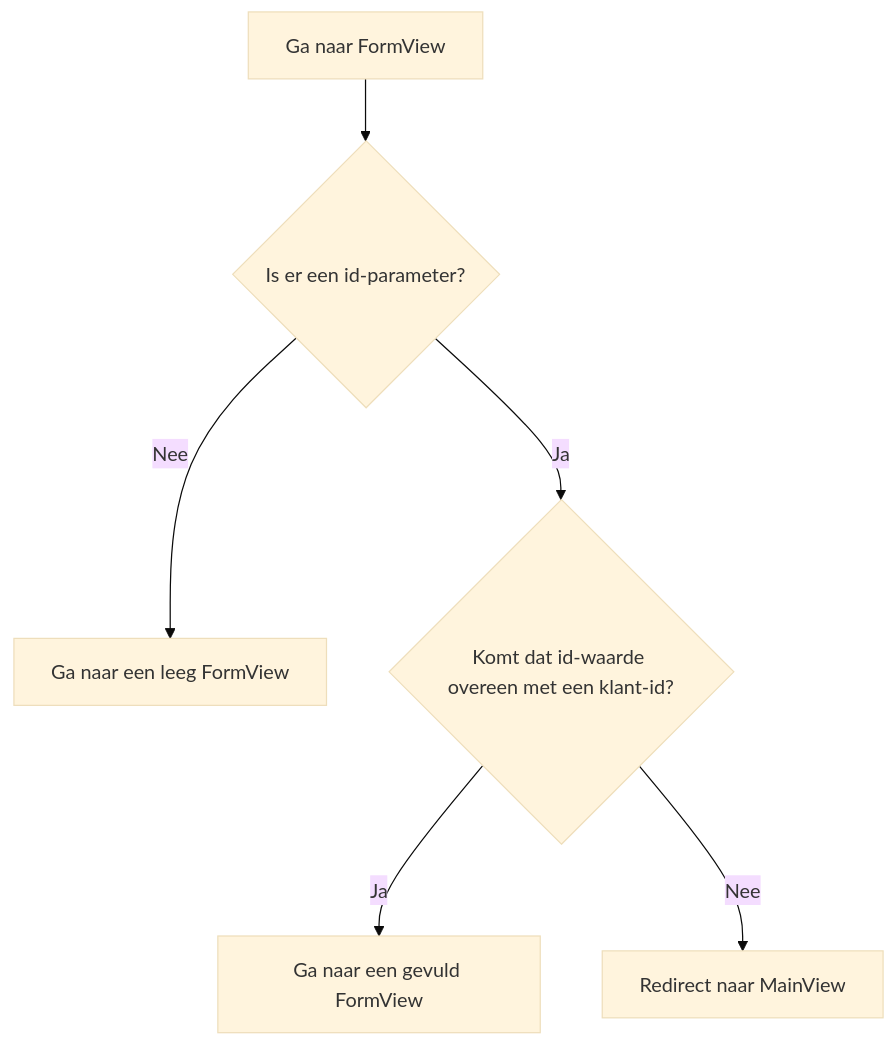
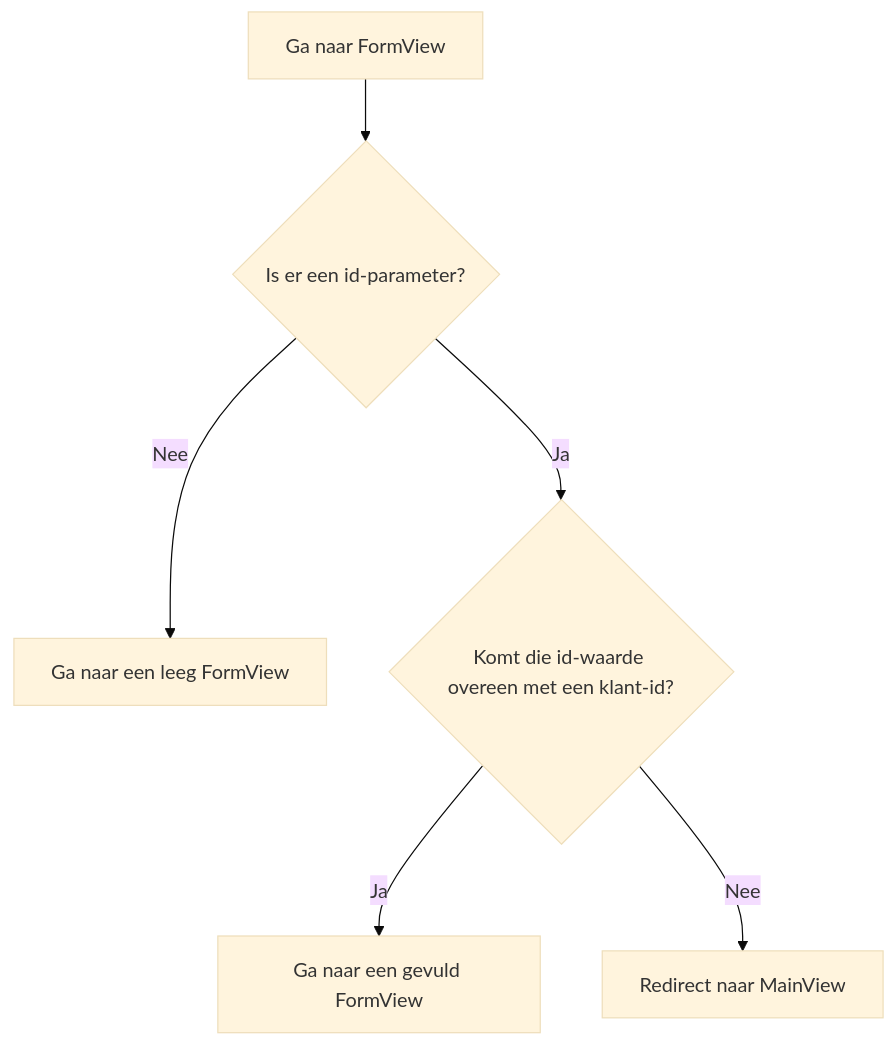
One commit to webforj/webforj-documentation changed the diagram in docs/i18n/nl/docusaurus-plugin-content-docs/current/introduction/tutorial/observers-and-route-parameters.md. Above: the diagram before and after it, drawn with Mermaid (base theme). The commit also changed other lines of this file and 1016 other files, not shown here.

````diff
--- a/docs/i18n/nl/docusaurus-plugin-content-docs/current/introduction/tutorial/observers-and-route-parameters.md
+++ b/docs/i18n/nl/docusaurus-plugin-content-docs/current/introduction/tutorial/observers-and-route-parameters.md
@@ -72,8 +72,8 @@
 ```mermaid
 flowchart TD
     A[Ga naar FormView] --> B{Is er een id-parameter?}
     B -->|Nee| C[Ga naar een leeg FormView]
-    B -->|Ja| D{Komt dat id-waarde overeen met een klant-id?}
+    B -->|Ja| D{Komt die id-waarde overeen met een klant-id?}
     D -->|Ja| E[Ga naar een gevuld FormView]
     D -->|Nee| F[Redirect naar MainView]
 ```
````
